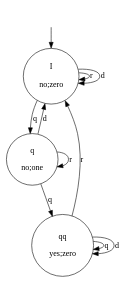
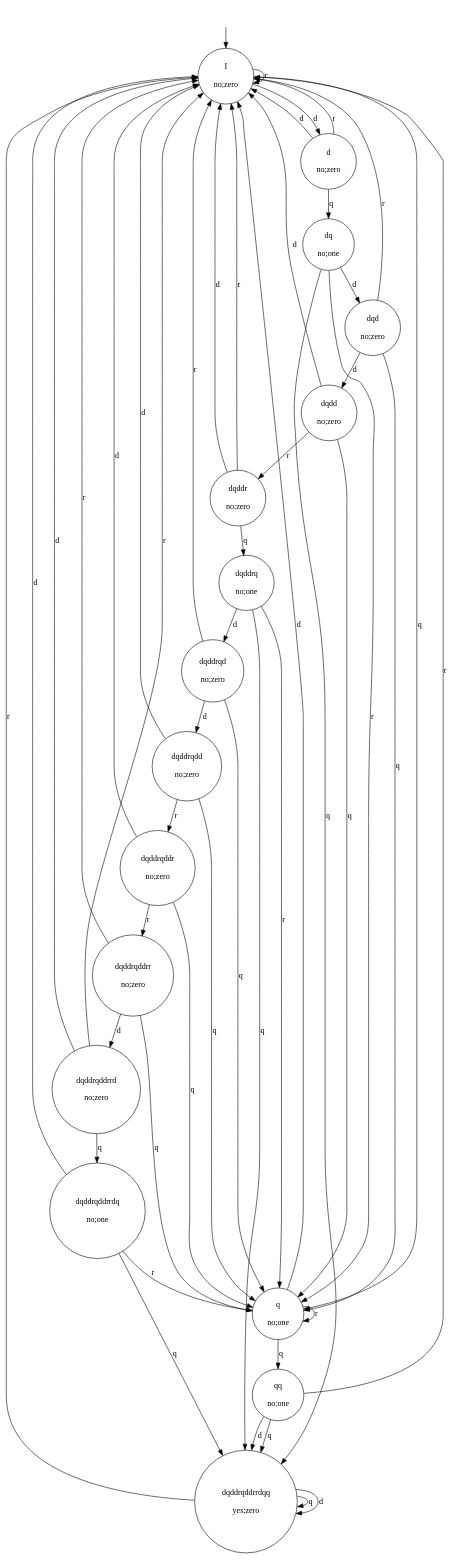
Before and after one commit to dr-aryone/microservice-lbtest: the diagram in lbtest_wrapper/files/configuration.dot, drawn with Graphviz. The commit also changed 14 other files, not shown here.

```diff
--- a/lbtest_wrapper/files/configuration.dot
+++ b/lbtest_wrapper/files/configuration.dot
@@ -1,15 +1,54 @@
 digraph finite_state_machine{
 randir = LR
 node[shape = circle];
 a[style = "invis"];
 a->"I\n\nno;zero";
-"qq\n\nyes;zero"->"qq\n\nyes;zero"	[label=q];
-"qq\n\nyes;zero"->"I\n\nno;zero"	[label=r];
-"qq\n\nyes;zero"->"qq\n\nyes;zero"	[label=d];
-"q\n\nno;one"->"qq\n\nyes;zero"	[label=q];
+"qq\n\nno;one"->"dqddrqddrrdqq\n\nyes;zero"	[label=q];
+"qq\n\nno;one"->"I\n\nno;zero"	[label=r];
+"qq\n\nno;one"->"dqddrqddrrdqq\n\nyes;zero"	[label=d];
+"dqdd\n\nno;zero"->"q\n\nno;one"	[label=q];
+"dqdd\n\nno;zero"->"dqddr\n\nno;zero"	[label=r];
+"dqdd\n\nno;zero"->"I\n\nno;zero"	[label=d];
+"d\n\nno;zero"->"dq\n\nno;one"	[label=q];
+"d\n\nno;zero"->"I\n\nno;zero"	[label=r];
+"d\n\nno;zero"->"I\n\nno;zero"	[label=d];
+"dqddrqddrrd\n\nno;zero"->"dqddrqddrrdq\n\nno;one"	[label=q];
+"dqddrqddrrd\n\nno;zero"->"I\n\nno;zero"	[label=r];
+"dqddrqddrrd\n\nno;zero"->"I\n\nno;zero"	[label=d];
+"dqddrq\n\nno;one"->"dqddrqddrrdqq\n\nyes;zero"	[label=q];
+"dqddrq\n\nno;one"->"q\n\nno;one"	[label=r];
+"dqddrq\n\nno;one"->"dqddrqd\n\nno;zero"	[label=d];
+"I\n\nno;zero"->"q\n\nno;one"	[label=q];
+"I\n\nno;zero"->"I\n\nno;zero"	[label=r];
+"I\n\nno;zero"->"d\n\nno;zero"	[label=d];
+"dqddrqddr\n\nno;zero"->"q\n\nno;one"	[label=q];
+"dqddrqddr\n\nno;zero"->"dqddrqddrr\n\nno;zero"	[label=r];
+"dqddrqddr\n\nno;zero"->"I\n\nno;zero"	[label=d];
+"dqddrqd\n\nno;zero"->"q\n\nno;one"	[label=q];
+"dqddrqd\n\nno;zero"->"I\n\nno;zero"	[label=r];
+"dqddrqd\n\nno;zero"->"dqddrqdd\n\nno;zero"	[label=d];
+"dq\n\nno;one"->"dqddrqddrrdqq\n\nyes;zero"	[label=q];
+"dq\n\nno;one"->"q\n\nno;one"	[label=r];
+"dq\n\nno;one"->"dqd\n\nno;zero"	[label=d];
+"q\n\nno;one"->"qq\n\nno;one"	[label=q];
 "q\n\nno;one"->"q\n\nno;one"	[label=r];
 "q\n\nno;one"->"I\n\nno;zero"	[label=d];
-"I\n\nno;zero"->"q\n\nno;one"	[label=q];
-"I\n\nno;zero"->"I\n\nno;zero"	[label=r];
-"I\n\nno;zero"->"I\n\nno;zero"	[label=d];
+"dqddr\n\nno;zero"->"dqddrq\n\nno;one"	[label=q];
+"dqddr\n\nno;zero"->"I\n\nno;zero"	[label=r];
+"dqddr\n\nno;zero"->"I\n\nno;zero"	[label=d];
+"dqddrqddrrdqq\n\nyes;zero"->"dqddrqddrrdqq\n\nyes;zero"	[label=q];
+"dqddrqddrrdqq\n\nyes;zero"->"I\n\nno;zero"	[label=r];
+"dqddrqddrrdqq\n\nyes;zero"->"dqddrqddrrdqq\n\nyes;zero"	[label=d];
+"dqddrqddrr\n\nno;zero"->"q\n\nno;one"	[label=q];
+"dqddrqddrr\n\nno;zero"->"I\n\nno;zero"	[label=r];
+"dqddrqddrr\n\nno;zero"->"dqddrqddrrd\n\nno;zero"	[label=d];
+"dqd\n\nno;zero"->"q\n\nno;one"	[label=q];
+"dqd\n\nno;zero"->"I\n\nno;zero"	[label=r];
+"dqd\n\nno;zero"->"dqdd\n\nno;zero"	[label=d];
+"dqddrqdd\n\nno;zero"->"q\n\nno;one"	[label=q];
+"dqddrqdd\n\nno;zero"->"dqddrqddr\n\nno;zero"	[label=r];
+"dqddrqdd\n\nno;zero"->"I\n\nno;zero"	[label=d];
+"dqddrqddrrdq\n\nno;one"->"dqddrqddrrdqq\n\nyes;zero"	[label=q];
+"dqddrqddrrdq\n\nno;one"->"q\n\nno;one"	[label=r];
+"dqddrqddrrdq\n\nno;one"->"I\n\nno;zero"	[label=d];
 }
```
